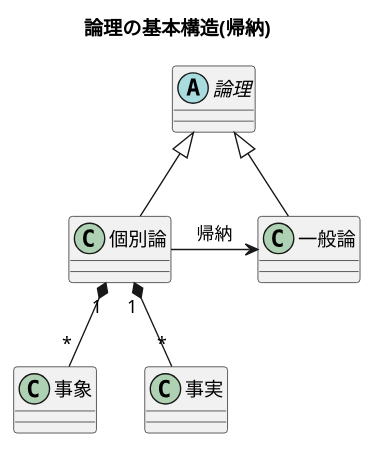
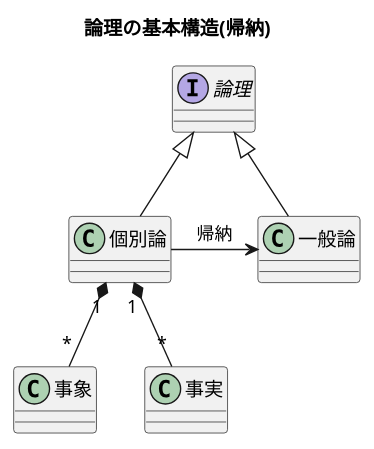
The seventh of 30 diagrams in docs/slides/WIP.md (k2works/pragmatic-presentation-exercise-2024), drawn with PlantUML before and after one commit. The commit also changed other lines of this file and 1 other file, not shown here.

````diff
--- a/docs/slides/WIP.md
+++ b/docs/slides/WIP.md
@@ -274,25 +279,25 @@
 ```plantuml
 @startuml
 
 title 論理の基本構造(帰納)
 
-abstract "論理" as A 
+interface "論理" as A 
 
 class "一般論" as B
 
 class "個別論" as C
 
 class "事象" as D
 
 class "事実" as E
 
 A <|-- B
 A <|-- C
 C -> B : 帰納
 
 C "1" *-- "*" D 
 
 C "1" *-- "*" E 
 
 @enduml
 ```
````
